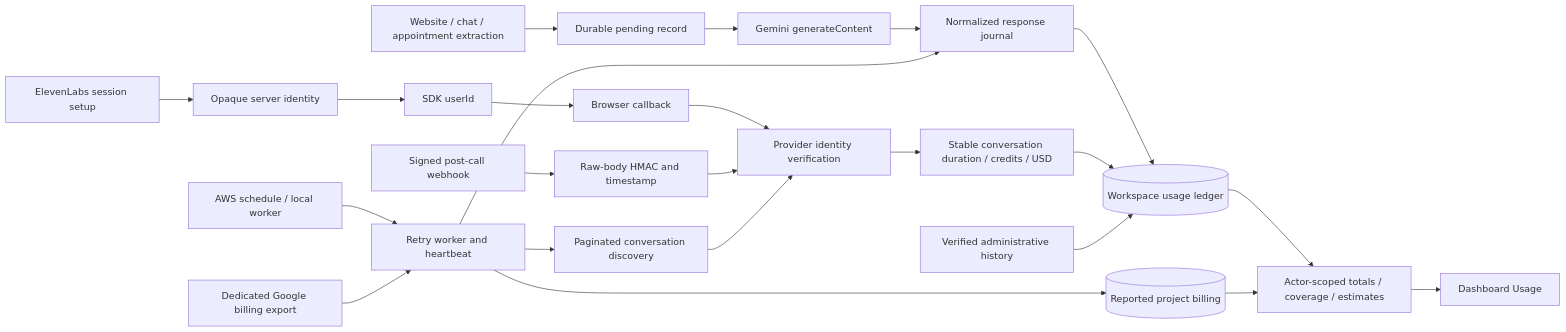
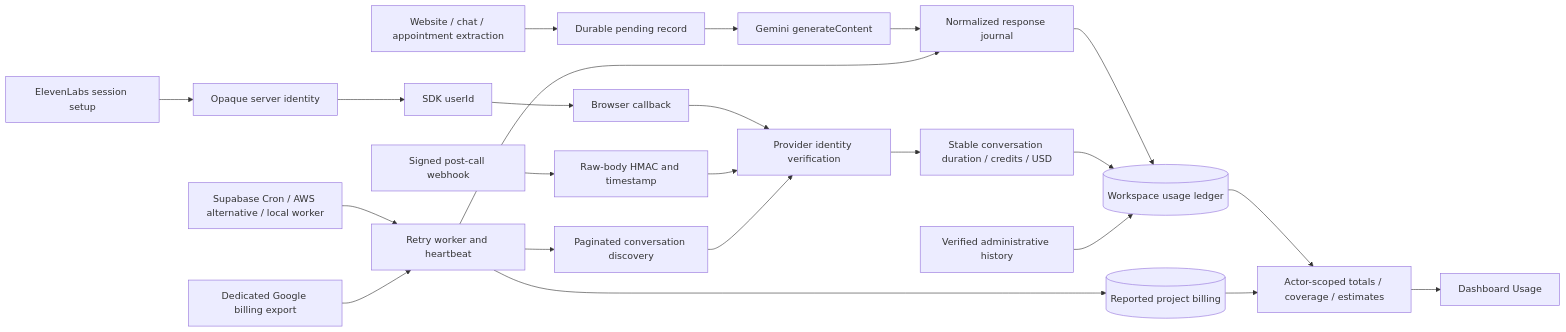
Before and after one commit to tinitiateprime/everonnai: the second of 9 diagrams in PROJECT_DATA_FLOW.md, drawn with Mermaid. The commit also changed other lines of this file and 12 other files, not shown here.

Commit message:
Schedule usage recovery through Supabase with single-use signed jobs

````diff
--- a/PROJECT_DATA_FLOW.md
+++ b/PROJECT_DATA_FLOW.md
@@ -30,25 +30,25 @@
 ```mermaid
 flowchart LR
   Feature[Website / chat / appointment extraction] --> Begin[Durable pending record]
   Begin --> Gemini[Gemini generateContent]
   Gemini --> Journal[Normalized response journal]
   Journal --> Ledger[(Workspace usage ledger)]
   Setup[ElevenLabs session setup] --> Ticket[Opaque server identity]
   Ticket --> SDK[SDK userId]
   SDK --> Callback[Browser callback]
   Callback --> Verify[Provider identity verification]
   Webhook[Signed post-call webhook] --> HMAC[Raw-body HMAC and timestamp]
   HMAC --> Verify
-  Schedule[AWS schedule / local worker] --> Worker[Retry worker and heartbeat]
+  Schedule[Supabase Cron / AWS alternative / local worker] --> Worker[Retry worker and heartbeat]
   Worker --> Journal
   Worker --> Discover[Paginated conversation discovery]
   Discover --> Verify
   Verify --> Charges[Stable conversation duration / credits / USD]
   Charges --> Ledger
   Export[Dedicated Google billing export] --> Worker
   Worker --> Billing[(Reported project billing)]
   Import[Verified administrative history] --> Ledger
   Ledger --> Summary[Actor-scoped totals / coverage / estimates]
   Billing --> Summary
   Summary --> Dashboard[Dashboard Usage]
 ```
````
